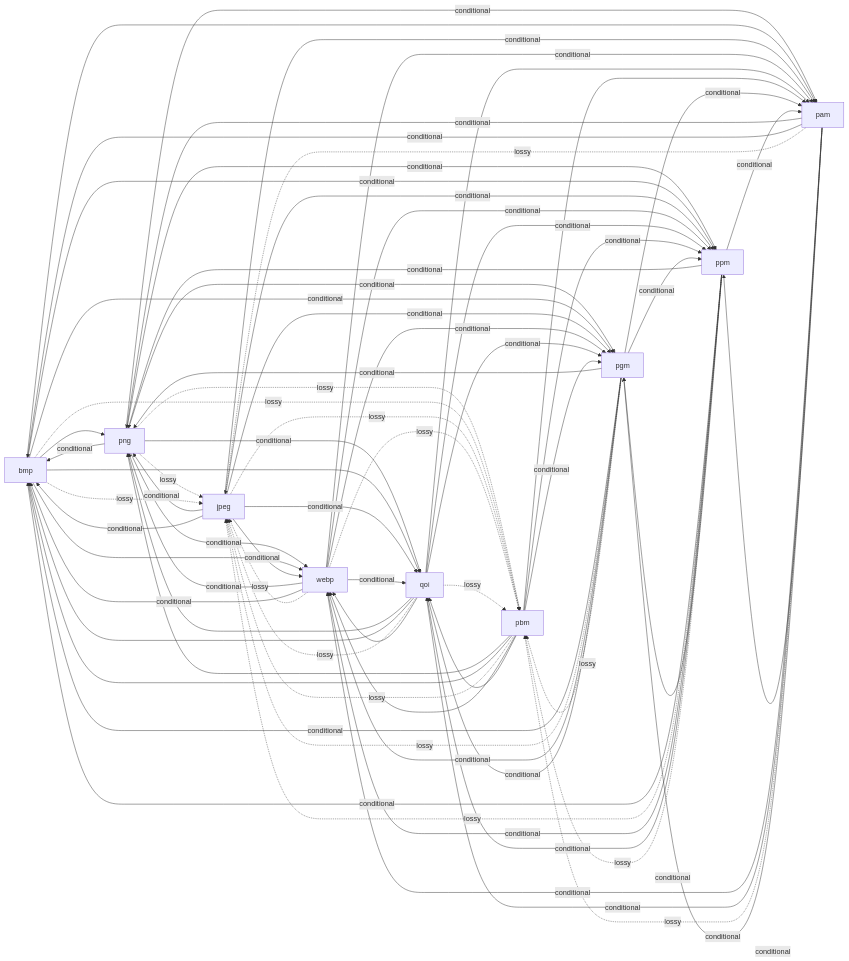
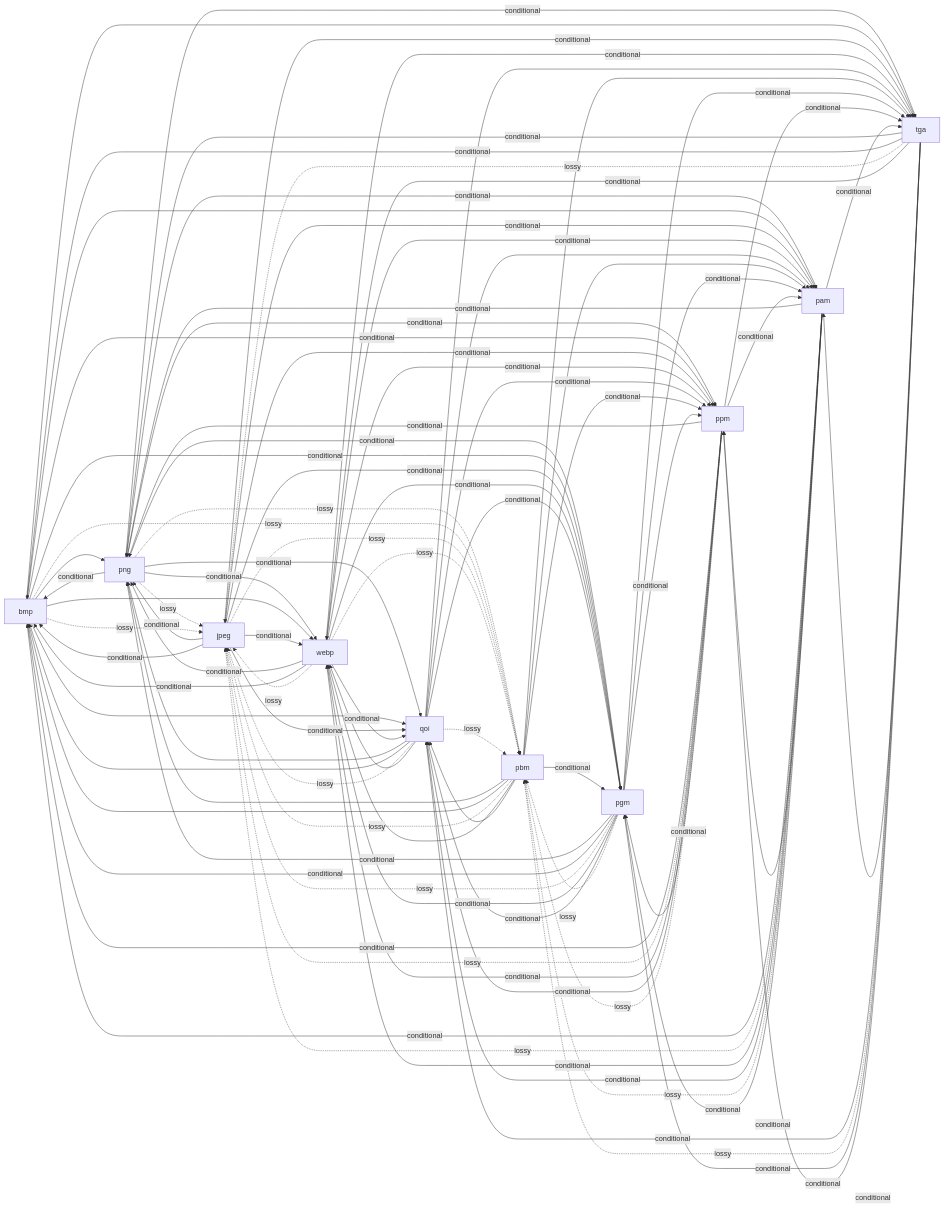
The third of 4 diagrams in DOCS/FORMATS.md (Chimi6/Sublime), drawn with Mermaid before and after one commit. The commit also changed other lines of this file and 6 other files, not shown here.

````diff
--- a/DOCS/FORMATS.md
+++ b/DOCS/FORMATS.md
@@ -512,6 +549,7 @@
   png["png"]
   ppm["ppm"]
   qoi["qoi"]
+  tga["tga"]
   webp["webp"]
   png -- conditional --> bmp
   png -. lossy .-> jpeg
@@ -521,6 +559,7 @@
   png -- conditional --> pgm
   png -- conditional --> ppm
   png -- conditional --> pam
+  png -- conditional --> tga
   bmp --> png
   bmp -. lossy .-> jpeg
   bmp --> webp
@@ -529,6 +568,7 @@
   bmp -- conditional --> pgm
   bmp -- conditional --> ppm
   bmp --> pam
+  bmp --> tga
   jpeg -- conditional --> png
   jpeg -- conditional --> bmp
   jpeg -- conditional --> webp
@@ -537,6 +577,7 @@
   jpeg -- conditional --> pgm
   jpeg -- conditional --> ppm
   jpeg -- conditional --> pam
+  jpeg -- conditional --> tga
   webp -- conditional --> png
   webp -- conditional --> bmp
   webp -. lossy .-> jpeg
@@ -545,6 +586,7 @@
   webp -- conditional --> pgm
   webp -- conditional --> ppm
   webp -- conditional --> pam
+  webp -- conditional --> tga
   qoi --> png
   qoi --> bmp
   qoi -. lossy .-> jpeg
@@ -553,6 +595,7 @@
   qoi -- conditional --> pgm
   qoi -- conditional --> ppm
   qoi --> pam
+  qoi --> tga
   pbm --> png
   pbm --> bmp
   pbm -. lossy .-> jpeg
@@ -561,6 +604,7 @@
   pbm -- conditional --> pgm
   pbm -- conditional --> ppm
   pbm --> pam
+  pbm --> tga
   pgm -- conditional --> png
   pgm -- conditional --> bmp
   pgm -. lossy .-> jpeg
@@ -569,6 +613,7 @@
   pgm -. lossy .-> pbm
   pgm -- conditional --> ppm
   pgm -- conditional --> pam
+  pgm -- conditional --> tga
   ppm -- conditional --> png
   ppm -- conditional --> bmp
   ppm -. lossy .-> jpeg
@@ -577,6 +622,7 @@
   ppm -. lossy .-> pbm
   ppm -- conditional --> pgm
   ppm -- conditional --> pam
+  ppm -- conditional --> tga
   pam -- conditional --> png
   pam -- conditional --> bmp
   pam -. lossy .-> jpeg
@@ -585,4 +631,14 @@
   pam -. lossy .-> pbm
   pam -- conditional --> pgm
   pam -- conditional --> ppm
+  pam -- conditional --> tga
+  tga -- conditional --> png
+  tga -- conditional --> bmp
+  tga -. lossy .-> jpeg
+  tga -- conditional --> webp
+  tga -- conditional --> qoi
+  tga -. lossy .-> pbm
+  tga -- conditional --> pgm
+  tga -- conditional --> ppm
+  tga -- conditional --> pam
 ```
````
